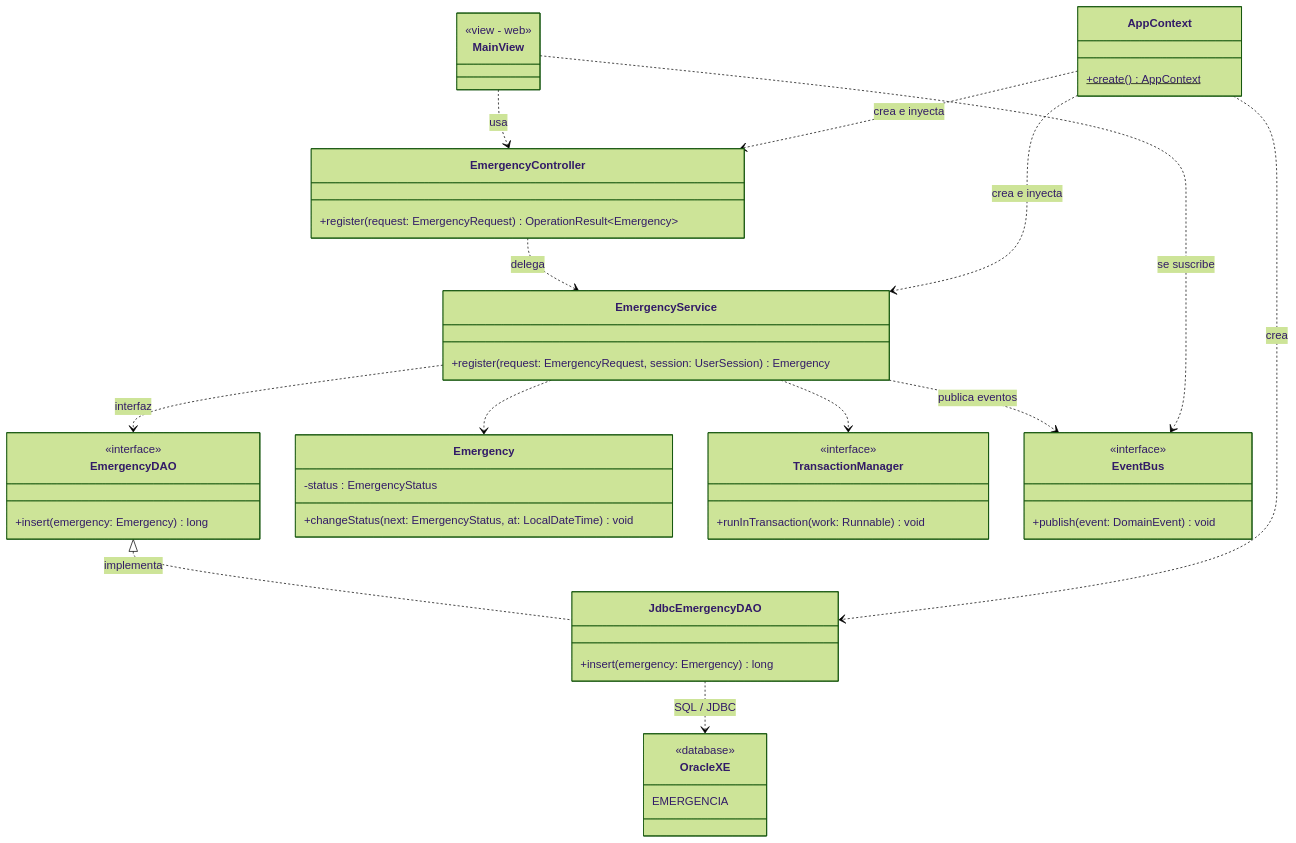
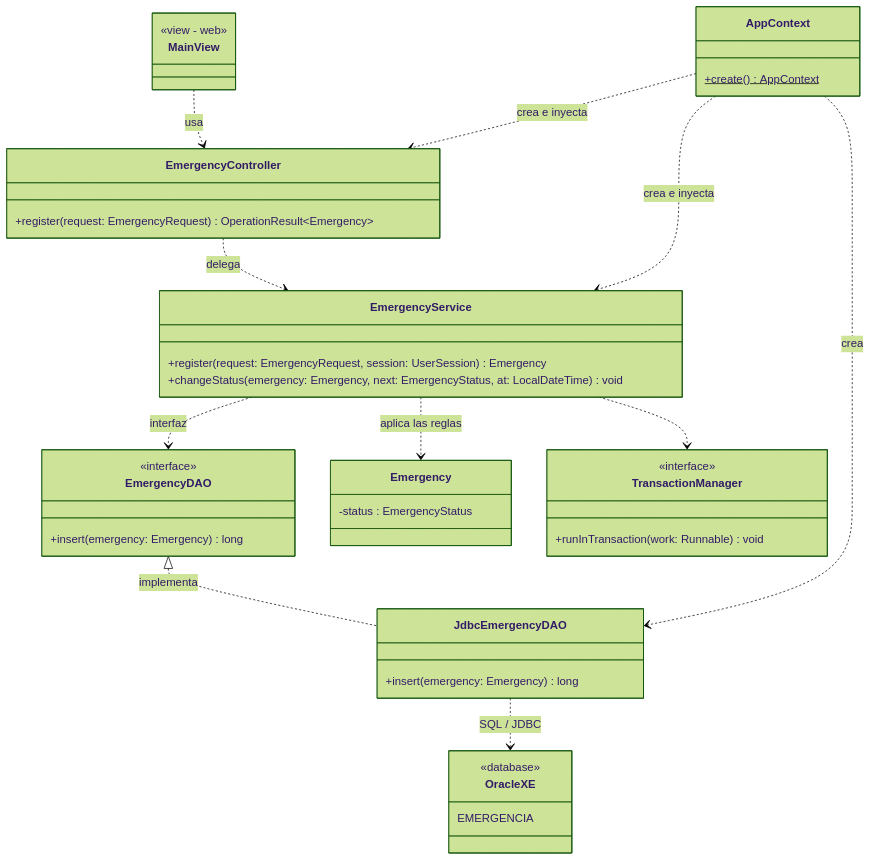
The first of 23 diagrams in docs/class-diagram.md (afzabaleta/RutaVida), drawn with Mermaid (forest theme) before and after one commit. The commit also changed other lines of this file and 12 other files, not shown here.

````diff
--- a/docs/class-diagram.md
+++ b/docs/class-diagram.md
@@ -15,57 +15,51 @@
 ```mermaid
 ---
 config:
   markdownAutoWrap: false
 ---
 classDiagram
     direction TB
 
     class MainView {
         <<view - web>>
     }
     class EmergencyController {
         +register(request: EmergencyRequest) OperationResult~Emergency~
     }
     class EmergencyService {
         +register(request: EmergencyRequest, session: UserSession) Emergency
+        +changeStatus(emergency: Emergency, next: EmergencyStatus, at: LocalDateTime) void
     }
     class EmergencyDAO {
         <<interface>>
         +insert(emergency: Emergency) long
     }
     class JdbcEmergencyDAO {
         +insert(emergency: Emergency) long
     }
     class Emergency {
         -status : EmergencyStatus
-        +changeStatus(next: EmergencyStatus, at: LocalDateTime) void
     }
     class TransactionManager {
         <<interface>>
         +runInTransaction(work: Runnable) void
-    }
-    class EventBus {
-        <<interface>>
-        +publish(event: DomainEvent) void
     }
     class AppContext {
         +create() AppContext$
     }
     class OracleXE {
         <<database>>
         EMERGENCIA
     }
 
     MainView ..> EmergencyController : usa
     EmergencyController ..> EmergencyService : delega
     EmergencyService ..> EmergencyDAO : interfaz
     EmergencyService ..> TransactionManager
-    EmergencyService ..> EventBus : publica eventos
     EmergencyDAO <|.. JdbcEmergencyDAO : implementa
     JdbcEmergencyDAO ..> OracleXE : SQL / JDBC
-    EmergencyService ..> Emergency
-    MainView ..> EventBus : se suscribe
+    EmergencyService ..> Emergency : aplica las reglas
     AppContext ..> JdbcEmergencyDAO : crea
     AppContext ..> EmergencyService : crea e inyecta
     AppContext ..> EmergencyController : crea e inyecta
 ```
````
